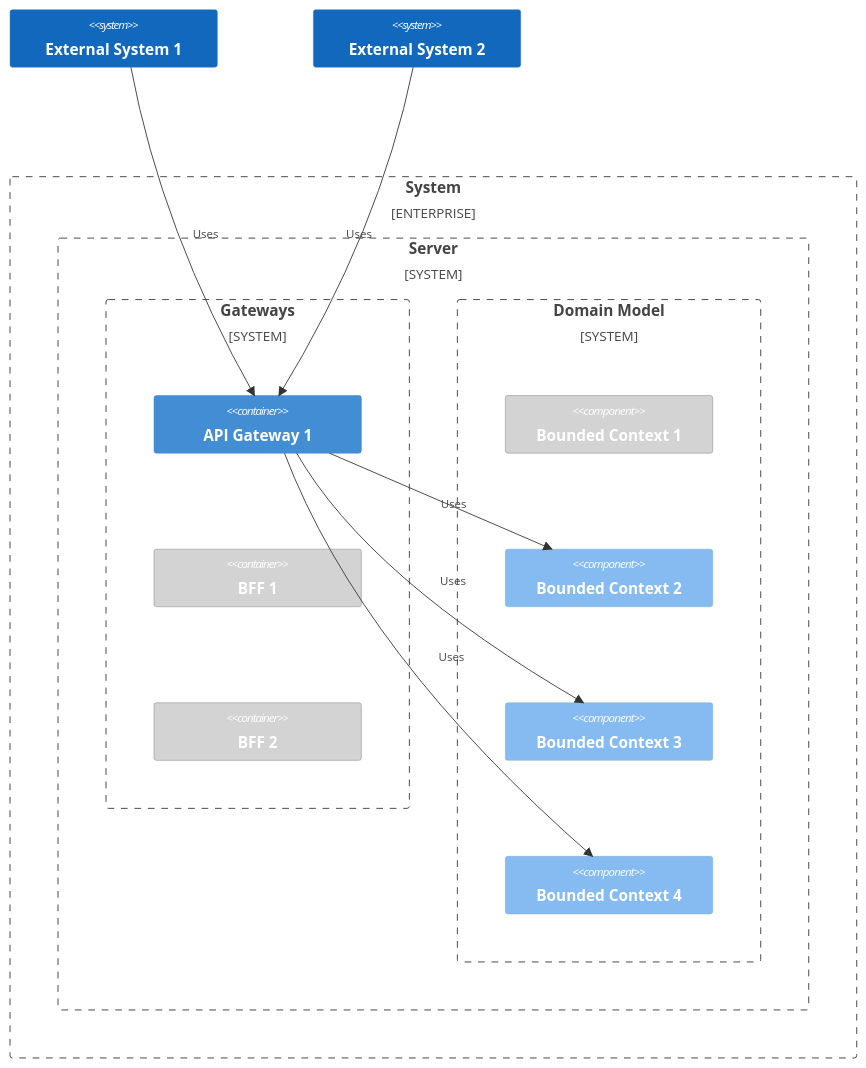
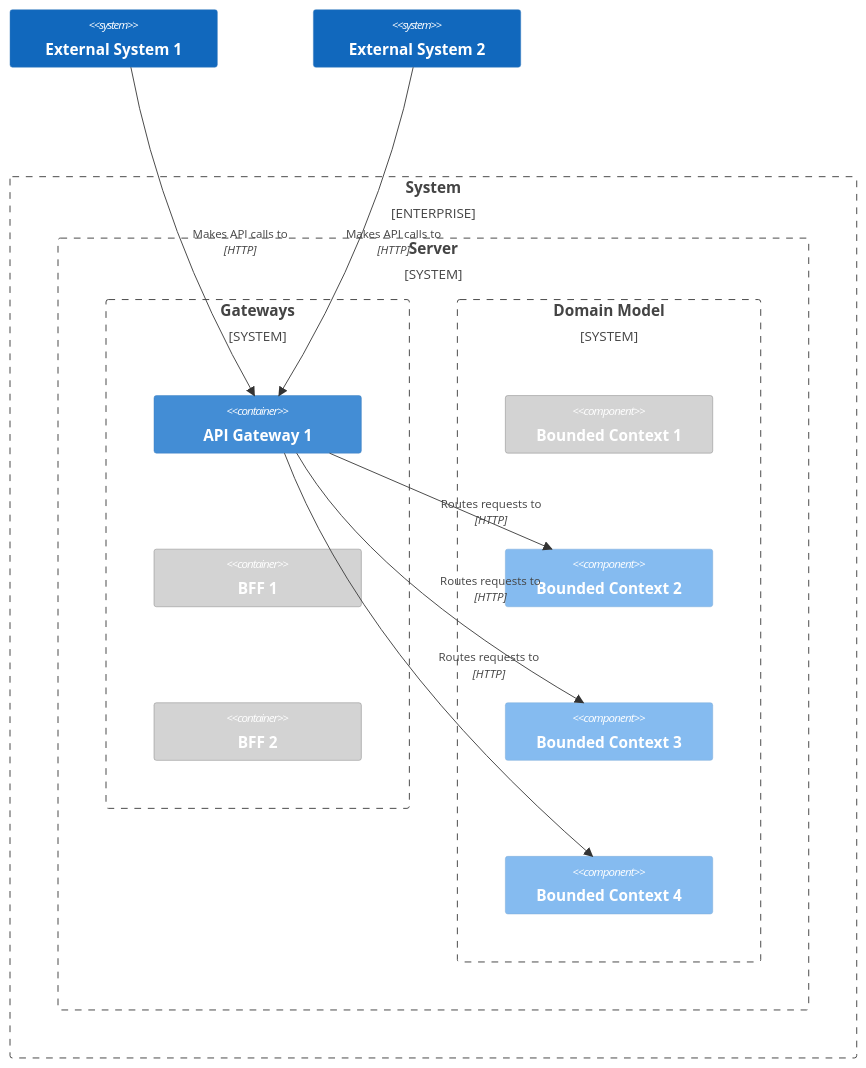
The third of 27 diagrams in README.md (gyuwon/ArchitecturalRunwayGuidelines), drawn with Mermaid before and after one commit. The commit also changed other lines of this file, not shown here.

````diff
--- a/README.md
+++ b/README.md
@@ -155,35 +126,35 @@
 ```mermaid
 C4Context
 
 Enterprise_Boundary(wb, "System") {
   System_Boundary(sb, "Server") {
     System_Boundary(gwb, "Gateways") {
       Container(gw1, "API Gateway 1")
       Container(bff1, "BFF 1")
       Container(bff2, "BFF 2")
     }
     System_Boundary(dmb, "Domain Model") {
       Component(bc1, "Bounded Context 1")
       Component(bc2, "Bounded Context 2")
       Component(bc3, "Bounded Context 3")
       Component(bc4, "Bounded Context 4")
     }
   }
 }
 System(es1, "External System 1")
 System(es2, "External System 2")
 
-Rel(gw1, bc2, "Uses")
-Rel(gw1, bc3, "Uses")
-Rel(gw1, bc4, "Uses")
+Rel(gw1, bc2, "Routes requests to", "HTTP")
+Rel(gw1, bc3, "Routes requests to", "HTTP")
+Rel(gw1, bc4, "Routes requests to", "HTTP")
 
-Rel(es1, gw1, "Uses")
-Rel(es2, gw1, "Uses")
+Rel(es1, gw1, "Makes API calls to", "HTTP")
+Rel(es2, gw1, "Makes API calls to", "HTTP")
 
 UpdateLayoutConfig($c4ShapeInRow="3", $c4BoundaryInRow="3")
 
 UpdateElementStyle(bff1, $bgColor="lightgrey", $borderColor="grey")
 UpdateElementStyle(bff2, $bgColor="lightgrey", $borderColor="grey")
 
 UpdateElementStyle(bc1, $bgColor="lightgrey", $borderColor="grey")
 ```
````
